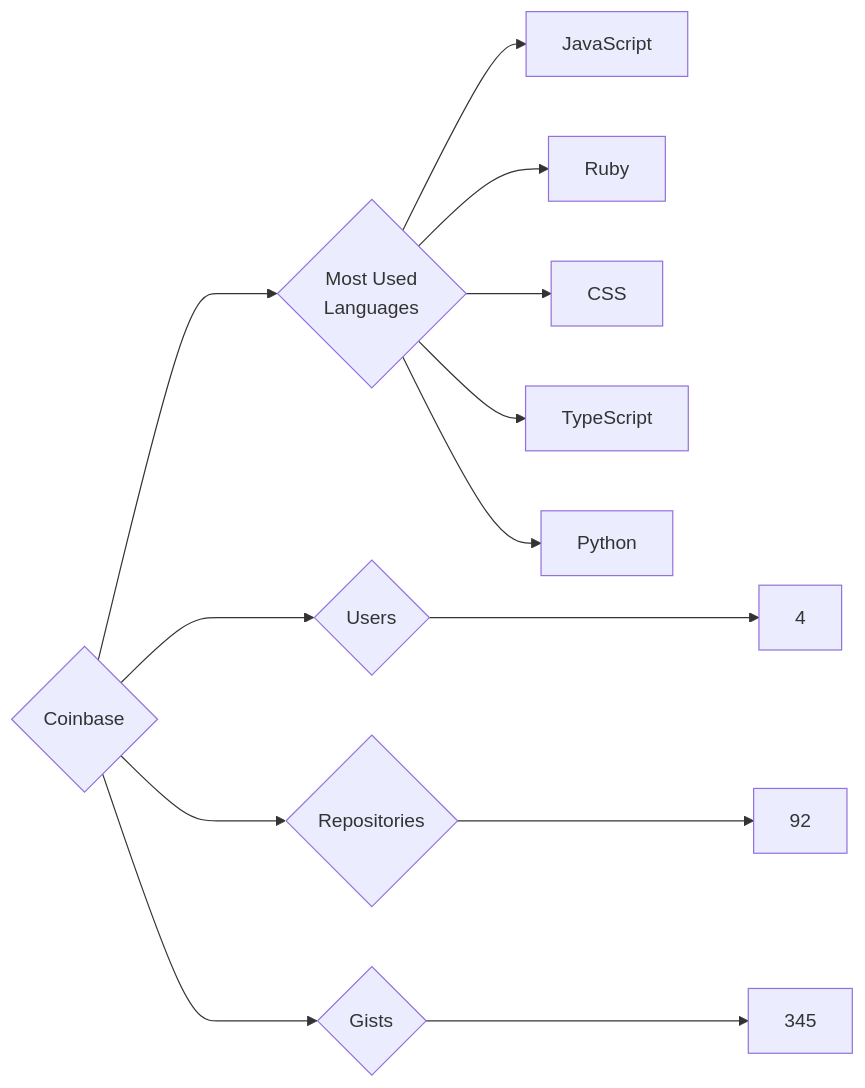
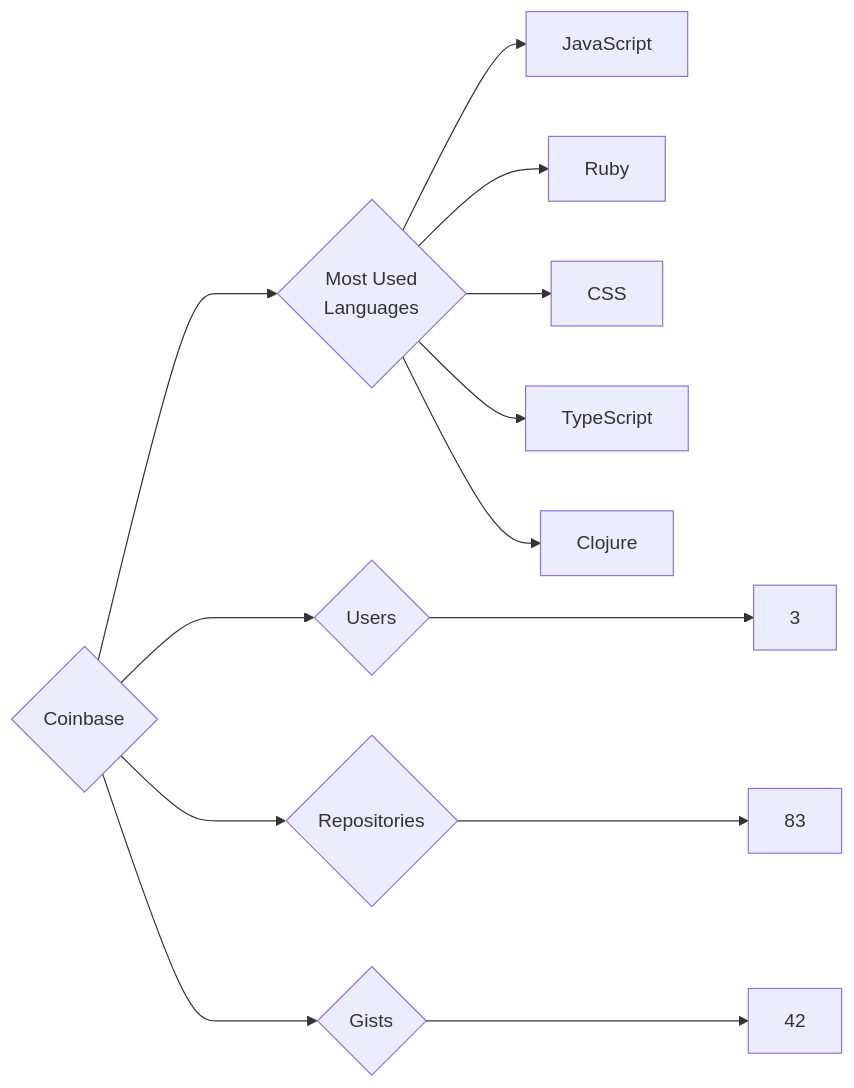
Before and after one commit to trickest/insiders: the diagram in targets/Coinbase/README.md, drawn with Mermaid. The commit also changed 826 other files, not shown here.

````diff
--- a/targets/Coinbase/README.md
+++ b/targets/Coinbase/README.md
@@ -3,13 +3,13 @@
 ```mermaid
 graph LR
 COMPANY_NAME{Coinbase}
-COMPANY_NAME ---> U{Users} ---> UN[4]
-COMPANY_NAME ---> R{Repositories} ---> RN[92]
-COMPANY_NAME ---> G{Gists} ---> GN[345]
+COMPANY_NAME ---> U{Users} ---> UN[3]
+COMPANY_NAME ---> R{Repositories} ---> RN[83]
+COMPANY_NAME ---> G{Gists} ---> GN[42]
 COMPANY_NAME ---> ML{Most Used<br>Languages}
 ML --> JavaScript[JavaScript]
 ML --> Ruby[Ruby]
 ML --> CSS[CSS]
 ML --> TypeScript[TypeScript]
-ML --> Python[Python]
+ML --> Clojure[Clojure]
 ```
````
